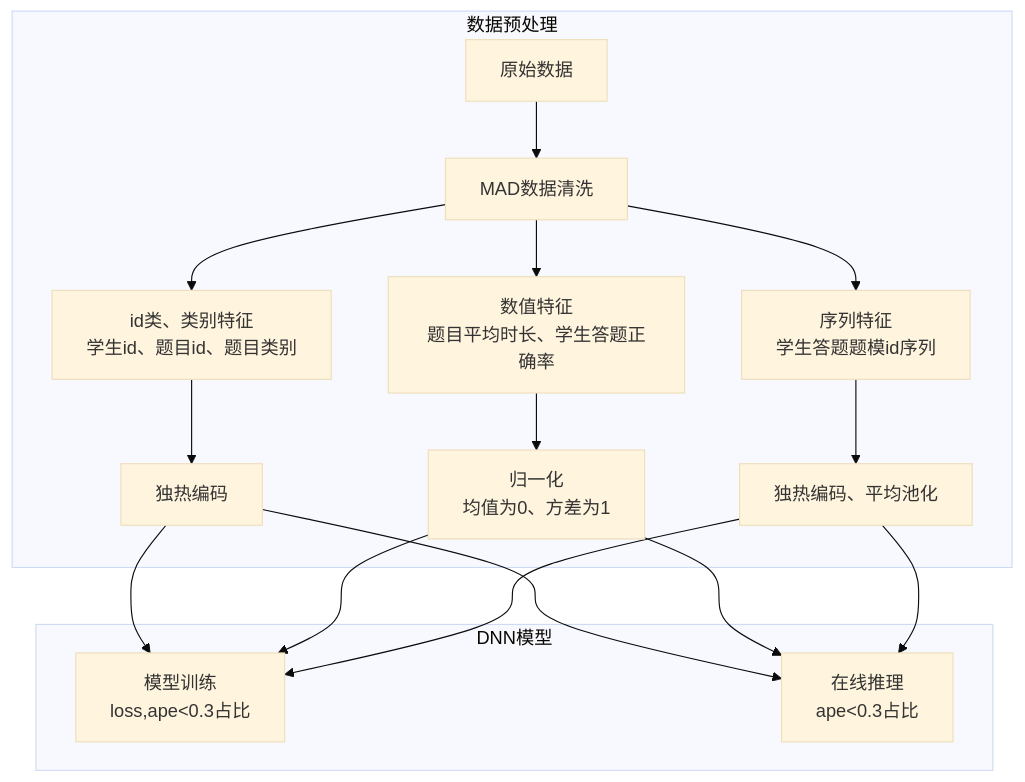
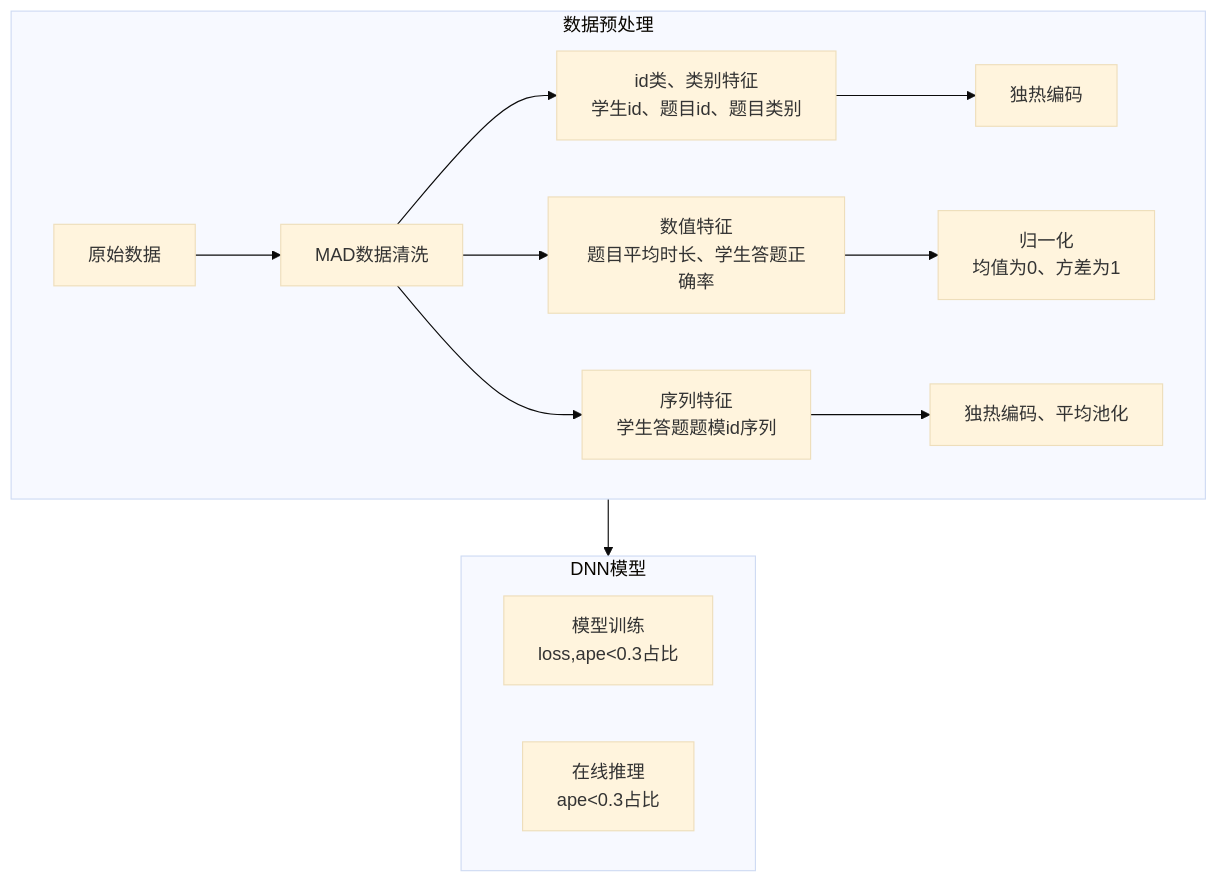
One commit to XiangziMeng/deep_learning changed the diagram in test.md. Above: the diagram before and after it, drawn with Mermaid (base theme).

````diff
--- a/test.md
+++ b/test.md
@@ -3,35 +3,30 @@
 ```mermaid
 flowchart TD
     %% 数据源层
     subgraph A [数据预处理]
         A1[原始数据]
         A2[MAD数据清洗]
         B1[id类、类别特征<br>学生id、题目id、题目类别]
         B2[数值特征<br>题目平均时长、学生答题正确率]
         B3[序列特征<br>学生答题题模id序列]
         C1[独热编码]
         C2[归一化<br>均值为0、方差为1]
         C3[独热编码、平均池化]
     end
 
     %% DNN模型
     subgraph D [DNN模型]
         D1[模型训练<br>loss,ape<0.3占比]
         D2[在线推理<br>ape<0.3占比]
     end
 
     %% 数据流
     A1 --> A2
     A2 --> B1
     A2 --> B2
     A2 --> B3
     B1 --> C1
     B2 --> C2
     B3 --> C3
-    C1 --> D1
-    C2 --> D1
-    C3 --> D1
-    C1 --> D2
-    C2 --> D2
-    C3 --> D2    
+    A --> D  
 ```
````
